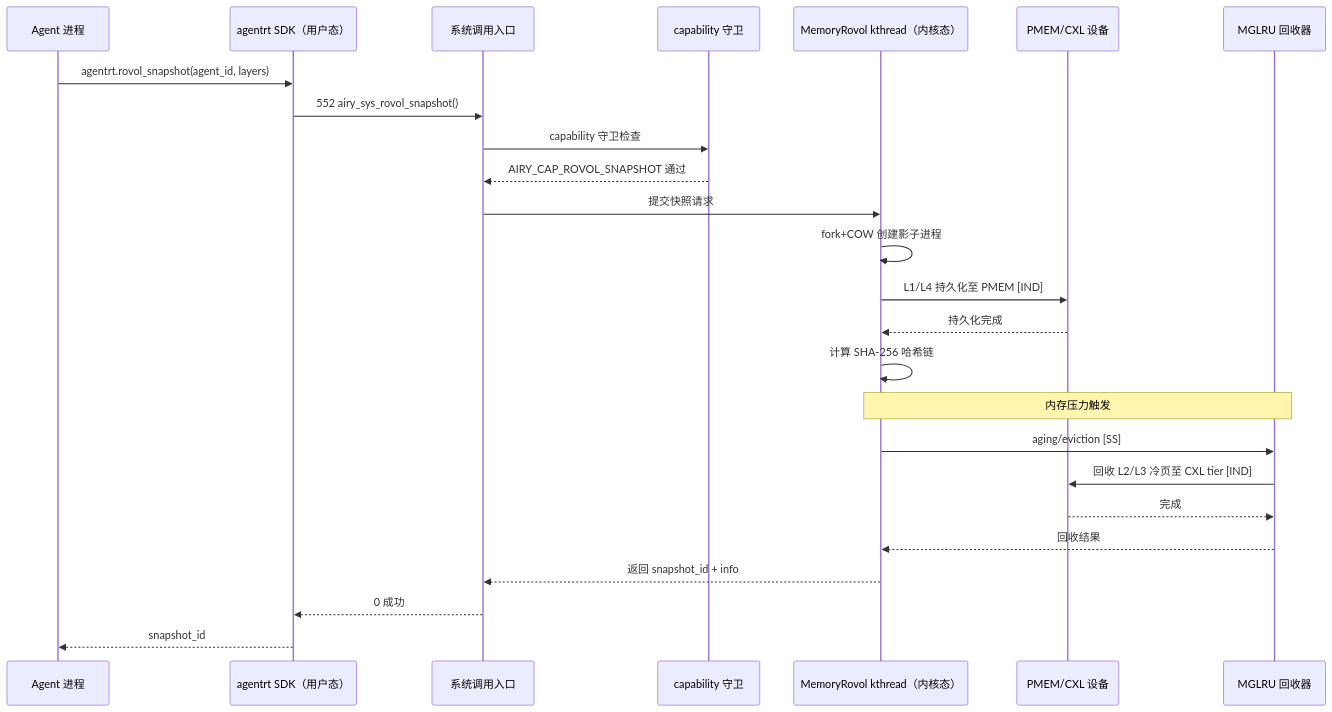
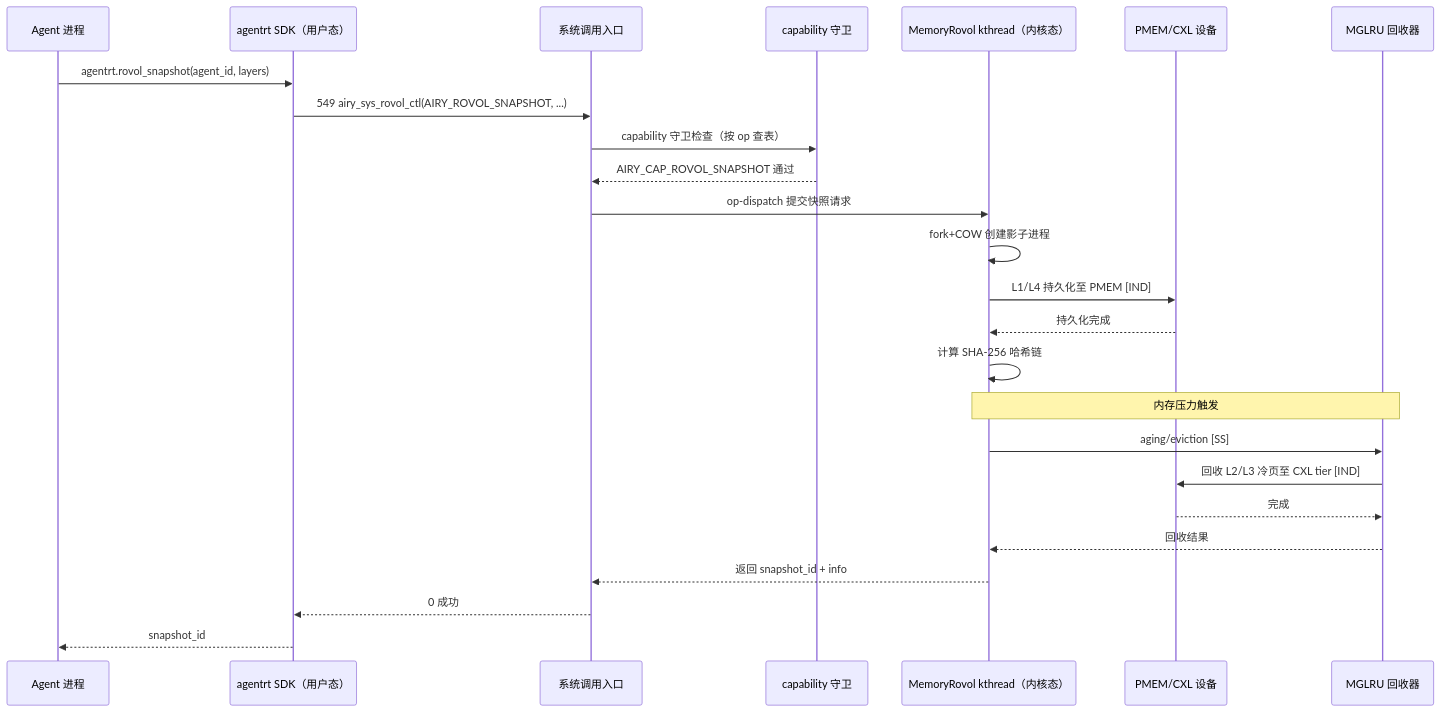
Before and after one commit to SpharxTeam/Docs: the sixth of 6 diagrams in AirymaxOS/140-application-development/05-memory-rovol-api.md, drawn with Mermaid. The commit also changed other lines of this file and 50 other files, not shown here.

````diff
--- a/AirymaxOS/140-application-development/05-memory-rovol-api.md
+++ b/AirymaxOS/140-application-development/05-memory-rovol-api.md
@@ -988,31 +1052,31 @@
 ```mermaid
 sequenceDiagram
     participant AGENT as Agent 进程
     participant SDK as agentrt SDK（用户态）
     participant SYSCALL as 系统调用入口
     participant CAP as capability 守卫
     participant ROVOL as MemoryRovol kthread（内核态）
     participant PMEM as PMEM/CXL 设备
     participant MGLRU as MGLRU 回收器
 
     AGENT->>SDK: agentrt.rovol_snapshot(agent_id, layers)
-    SDK->>SYSCALL: 552 airy_sys_rovol_snapshot()
-    SYSCALL->>CAP: capability 守卫检查
+    SDK->>SYSCALL: 549 airy_sys_rovol_ctl(AIRY_ROVOL_SNAPSHOT, ...)
+    SYSCALL->>CAP: capability 守卫检查（按 op 查表）
     CAP-->>SYSCALL: AIRY_CAP_ROVOL_SNAPSHOT 通过
-    SYSCALL->>ROVOL: 提交快照请求
+    SYSCALL->>ROVOL: op-dispatch 提交快照请求
 
     ROVOL->>ROVOL: fork+COW 创建影子进程
     ROVOL->>PMEM: L1/L4 持久化至 PMEM [IND]
     PMEM-->>ROVOL: 持久化完成
     ROVOL->>ROVOL: 计算 SHA-256 哈希链
 
     Note over ROVOL,MGLRU: 内存压力触发
     ROVOL->>MGLRU: aging/eviction [SS]
     MGLRU->>PMEM: 回收 L2/L3 冷页至 CXL tier [IND]
     PMEM-->>MGLRU: 完成
     MGLRU-->>ROVOL: 回收结果
 
     ROVOL-->>SYSCALL: 返回 snapshot_id + info
     SYSCALL-->>SDK: 0 成功
     SDK-->>AGENT: snapshot_id
 ```
````
